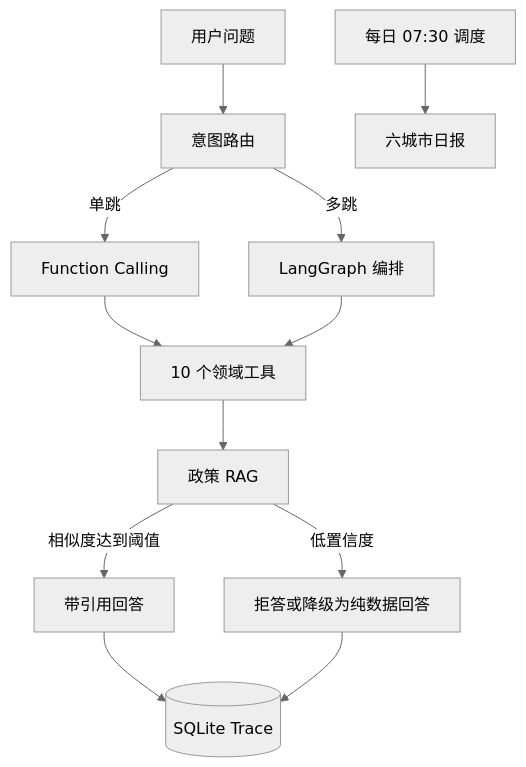
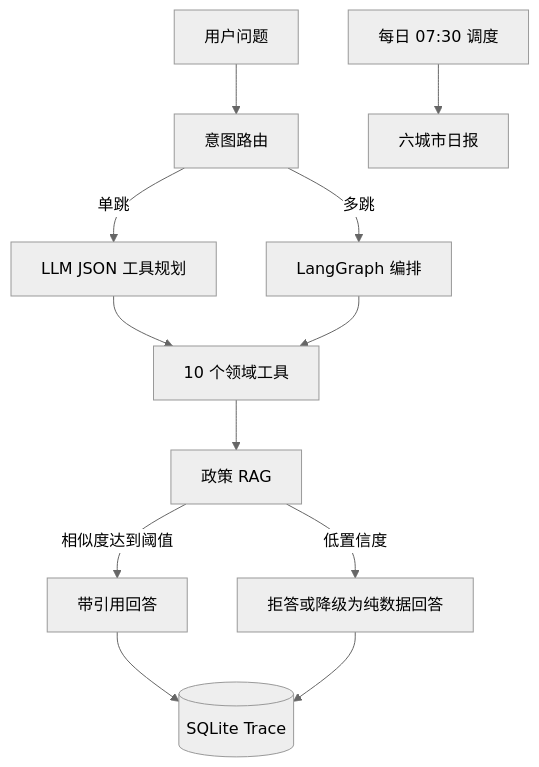
One commit to MimiQuark/AirQuality-Multi-City-RAG-Agent changed the diagram in docs/CASE_STUDY.md. Above: the diagram before and after it, drawn with Mermaid (neutral theme). The commit also changed other lines of this file and 48 other files, not shown here.

````diff
--- a/docs/CASE_STUDY.md
+++ b/docs/CASE_STUDY.md
@@ -17,14 +17,14 @@
 ```mermaid
 flowchart TD
     Q[用户问题] --> ROUTER[意图路由]
-    ROUTER -->|单跳| FC[Function Calling]
+    ROUTER -->|单跳| FC[LLM JSON 工具规划]
     ROUTER -->|多跳| LG[LangGraph 编排]
     FC --> TOOLS[10 个领域工具]
     LG --> TOOLS
     TOOLS --> POLICY[政策 RAG]
     POLICY -->|相似度达到阈值| ANSWER[带引用回答]
     POLICY -->|低置信度| REFUSE[拒答或降级为纯数据回答]
     ANSWER --> TRACE[(SQLite Trace)]
     REFUSE --> TRACE
     CRON[每日 07:30 调度] --> REPORT[六城市日报]
 ```
````
